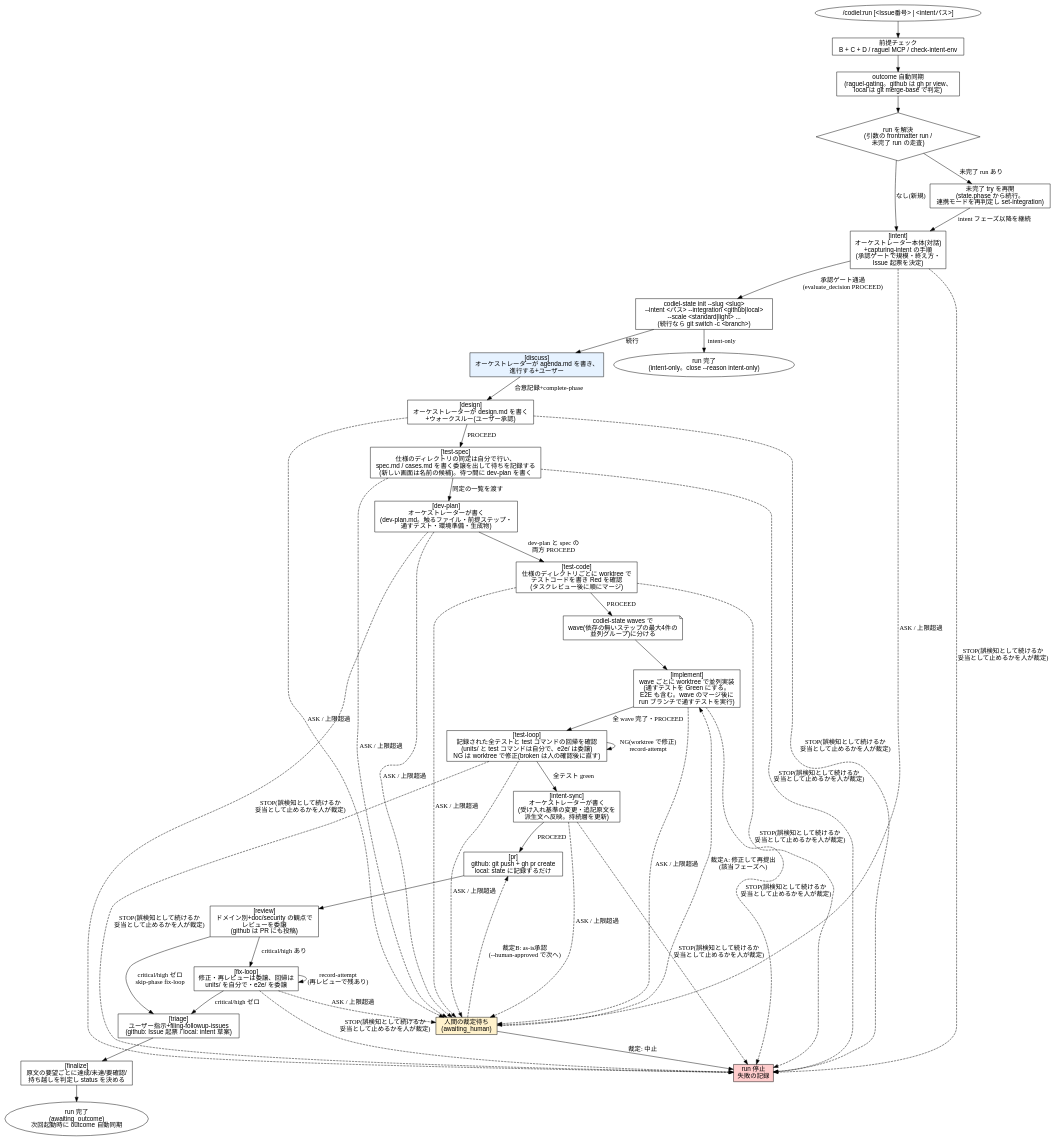
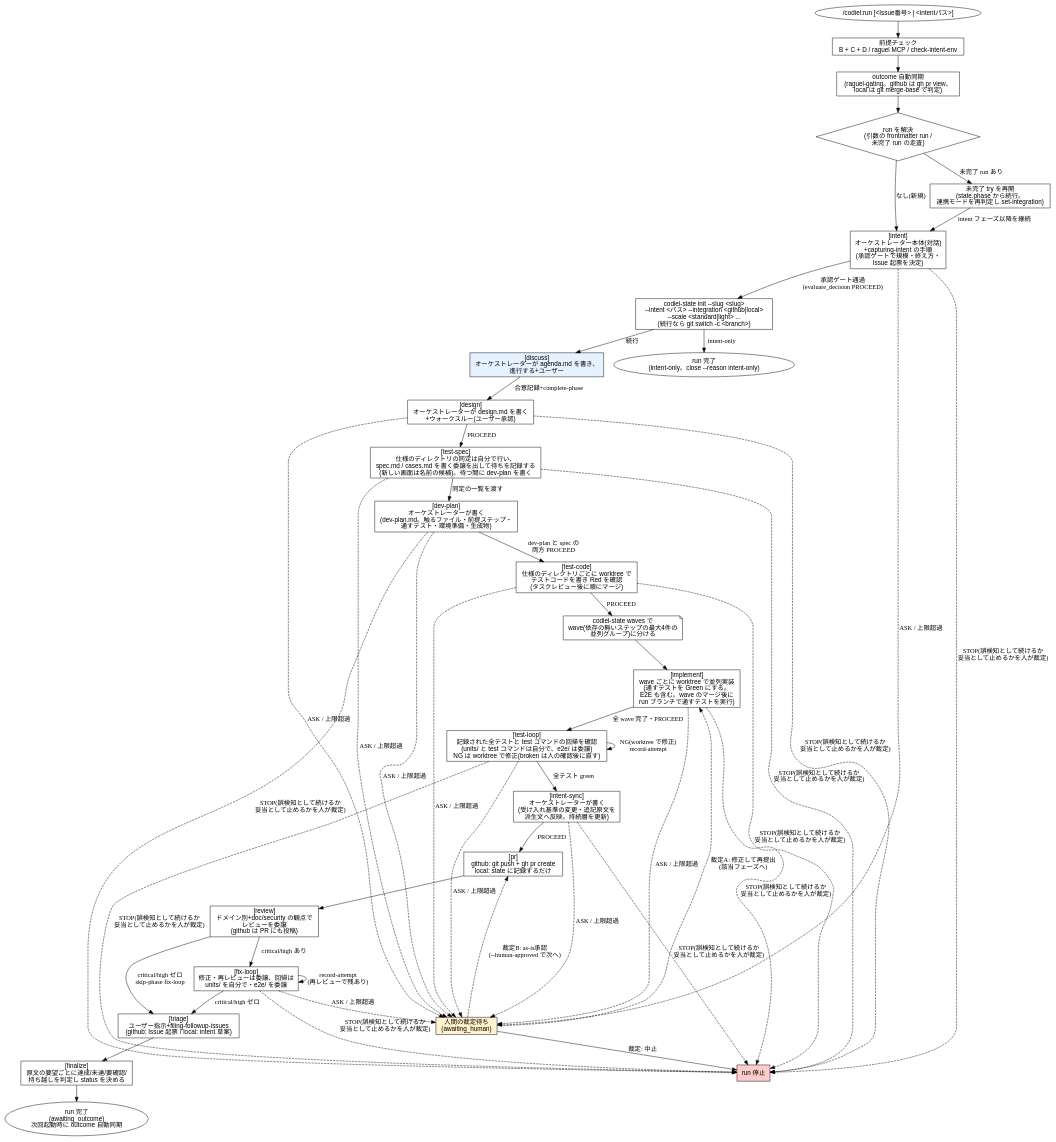
One commit to Amatsuka-kobo/amatsuka-claude-plugins changed diagram 14 of 14 in plugins/codiel/docs/skill-flowcharts.md. Above: the diagram before and after it, drawn with Graphviz. The commit also changed other lines of this file and 20 other files, not shown here.

First line of the commit message:
fix(codiel): ARCHITECTURE と GOTCHAS を読ませる規則を指示層から外し、レビューの所見を直す

````diff
--- a/plugins/codiel/docs/skill-flowcharts.md
+++ b/plugins/codiel/docs/skill-flowcharts.md
@@ -578,66 +574,66 @@
 ```dot
 digraph codiel_run {
   rankdir=TB;
   node [fontname="sans-serif"];
 
   start [label="/codiel:run [<Issue番号> | <intentパス>]", shape=ellipse];
   precheck [label="前提チェック\nB + C + D / raguel MCP / check-intent-env", shape=box];
   sync [label="outcome 自動同期\n(raguel-gating。github は gh pr view、\nlocal は git merge-base で判定)", shape=box];
   resolve [label="run を解決\n(引数の frontmatter run /\n未完了 run の走査)", shape=diamond];
   resume [label="未完了 try を再開\n(state.phase から続行。\n連携モードを再判定し set-integration)", shape=box];
 
   intent [label="[intent]\nオーケストレーター本体(対話)\n+capturing-intent の手順\n(承認ゲートで規模・終え方・\nIssue 起票を決定)", shape=box];
   intent_init [label="codiel-state init --slug <slug>\n--intent <パス> --integration <github|local>\n--scale <standard|light> ...\n(続行なら git switch -c <branch>)", shape=box];
   discuss [label="[discuss]\nオーケストレーターが agenda.md を書き、\n進行する+ユーザー", shape=box, style=filled, fillcolor="#e6f2ff"];
   design [label="[design]\nオーケストレーターが design.md を書く\n+ウォークスルー(ユーザー承認)", shape=box];
   testspec [label="[test-spec]\n仕様のディレクトリの同定は自分で行い、\nspec.md / cases.md を書く委譲を出して待ちを記録する\n(新しい画面は名前の候補)。待つ間に dev-plan を書く", shape=box];
   devplan [label="[dev-plan]\nオーケストレーターが書く\n(dev-plan.md。触るファイル・前提ステップ・\n通すテスト・環境準備・生成物)", shape=box];
   testcode [label="[test-code]\n仕様のディレクトリごとに worktree で\nテストコードを書き Red を確認\n(タスクレビュー後に順にマージ)", shape=box];
   waves [label="codiel-state waves で\nwave(依存の無いステップの最大4件の\n並列グループ)に分ける", shape=note];
   implement [label="[implement]\nwave ごとに worktree で並列実装\n(通すテストを Green にする。\nE2E も含む。wave のマージ後に\nrun ブランチで通すテストを実行)", shape=box];
   testloop [label="[test-loop]\n記録された全テストと test コマンドの回帰を確認\n(units/ と test コマンドは自分で、e2e/ は委譲)\nNG は worktree で修正(broken は人の確認後に直す)", shape=box];
   intentsync [label="[intent-sync]\nオーケストレーターが書く\n(受け入れ基準の変更・追記原文を\n派生文へ反映。持続層を更新)", shape=box];
   pr [label="[pr]\ngithub: git push + gh pr create\nlocal: state に記録するだけ", shape=box];
   review [label="[review]\nドメイン別+doc/security の観点で\nレビューを委譲\n(github は PR にも投稿)", shape=box];
   fixloop [label="[fix-loop]\n修正・再レビューは委譲、回帰は\nunits/ を自分で・e2e/ を委譲", shape=box];
   triage [label="[triage]\nユーザー指示+filing-followup-issues\n(github: Issue 起票 / local: intent 草案)", shape=box];
   finalize [label="[finalize]\n原文の要望ごとに達成/未達/要確認/\n持ち越しを判定し status を決める", shape=box];
 
   human [label="人間の裁定待ち\n(awaiting_human)", shape=box, style=filled, fillcolor="#fff2cc"];
-  stopped [label="run 停止\n失敗の記録", shape=box, style=filled, fillcolor="#ffcccc"];
+  stopped [label="run 停止", shape=box, style=filled, fillcolor="#ffcccc"];
   outcome [label="run 完了\n(awaiting_outcome)\n次回起動時に outcome 自動同期", shape=ellipse];
   intentonly [label="run 完了\n(intent-only。close --reason intent-only)", shape=ellipse];
 
   start -> precheck -> sync -> resolve;
   resolve -> resume [label="未完了 run あり"];
   resolve -> intent [label="なし(新規)"];
   resume -> intent [label="intent フェーズ以降を継続"];
 
   intent -> intent_init [label="承認ゲート通過\n(evaluate_decision PROCEED)"];
   intent_init -> discuss [label="続行"];
   intent_init -> intentonly [label="intent-only"];
   discuss -> design [label="合意記録+complete-phase"];
   design -> testspec [label="PROCEED"];
   testspec -> devplan [label="同定の一覧を渡す"];
   devplan -> testcode [label="dev-plan と spec の\n両方 PROCEED"];
   testcode -> waves [label="PROCEED"];
   waves -> implement;
   implement -> testloop [label="全 wave 完了・PROCEED"];
   testloop -> testloop [label="NG(worktree で修正)\nrecord-attempt"];
   testloop -> intentsync [label="全テスト green"];
   intentsync -> pr [label="PROCEED"];
   pr -> review;
   review -> fixloop [label="critical/high あり"];
   review -> triage [label="critical/high ゼロ\nskip-phase fix-loop"];
   fixloop -> fixloop [label="record-attempt\n(再レビューで残あり)"];
   fixloop -> triage [label="critical/high ゼロ"];
   triage -> finalize;
   finalize -> outcome;
 
   { intent design testspec devplan testcode implement testloop intentsync fixloop } -> human [label="ASK / 上限超過", style=dashed];
   { intent design testspec devplan testcode implement testloop intentsync fixloop } -> stopped [label="STOP(誤検知として続けるか\n妥当として止めるかを人が裁定)", style=dashed];
   human -> stopped [label="裁定: 中止"];
   human -> implement [label="裁定A: 修正して再提出\n(該当フェーズへ)", style=dashed];
   human -> pr [label="裁定B: as-is承認\n(--human-approved で次へ)", style=dashed];
 }
 ```
````
